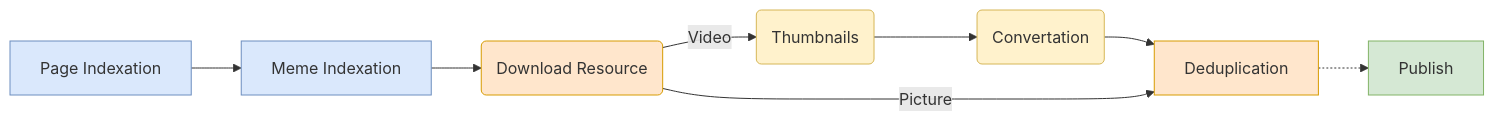
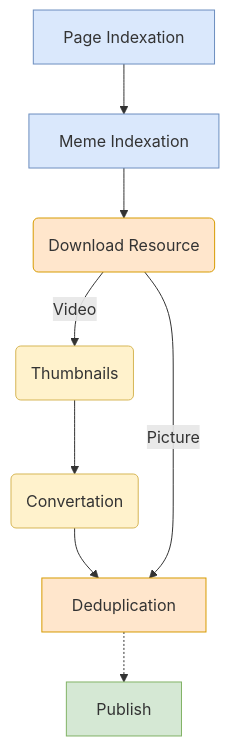
One commit to ruslanys/ifunny changed the diagram in README.md. Above: the diagram before and after it, drawn with Mermaid.

Commit message:
Его Величество Евент

````diff
--- a/README.md
+++ b/README.md
@@ -279,18 +279,18 @@
 ```mermaid
-graph LR
+graph TB
     PI[Page Indexation] --> MI[Meme Indexation]
     MI --> DR(Download Resource)
     DR -->|Video| VT(Thumbnails)
     VT --> VC(Convertation)
     VC --> D
     DR -->|Picture| D[Deduplication]
     D -.->P[Publish]
 
     style PI fill:#DAE8FC,stroke:#6C8EBF
     style MI fill:#DAE8FC,stroke:#6C8EBF
     style DR fill:#FFE6CC,stroke:#D79B00
     style VT fill:#FFF2CC,stroke:#D6B656
     style VC fill:#FFF2CC,stroke:#D6B656
     style D fill:#FFE6CC,stroke:#D79B00
     style P fill:#D5E8D4,stroke:#82B366
 ```
````
